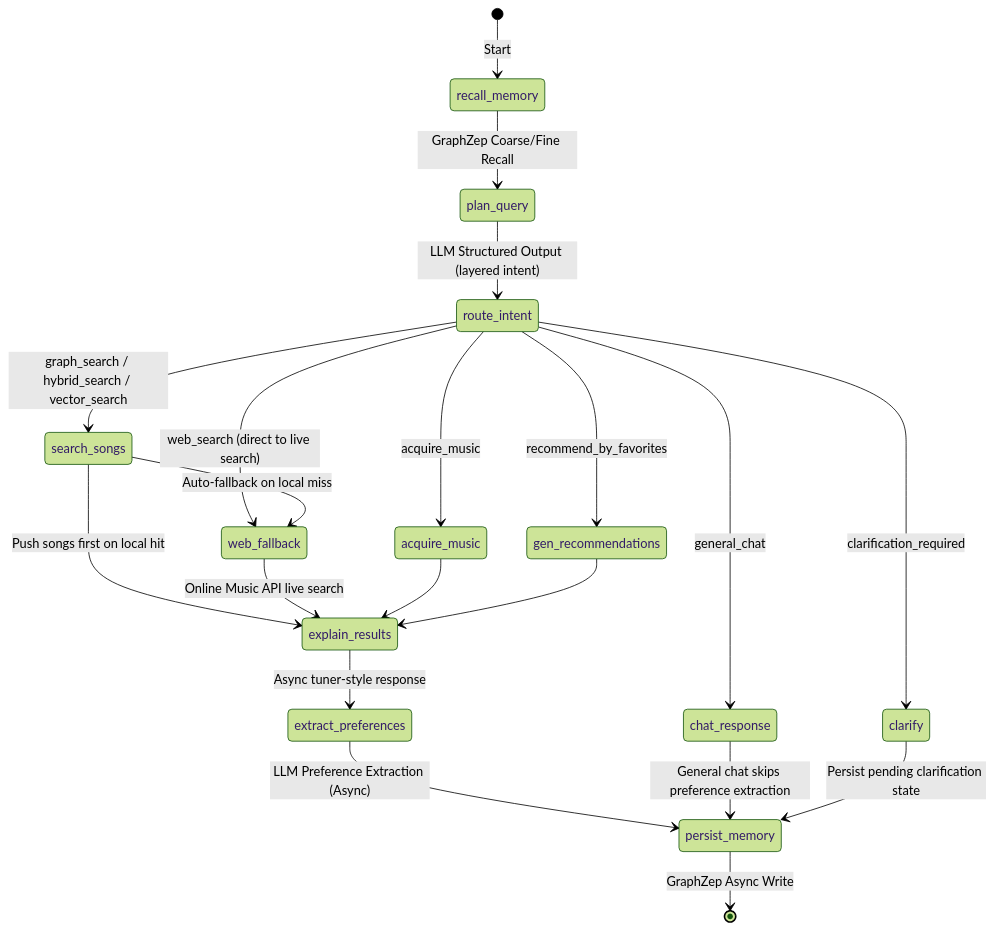
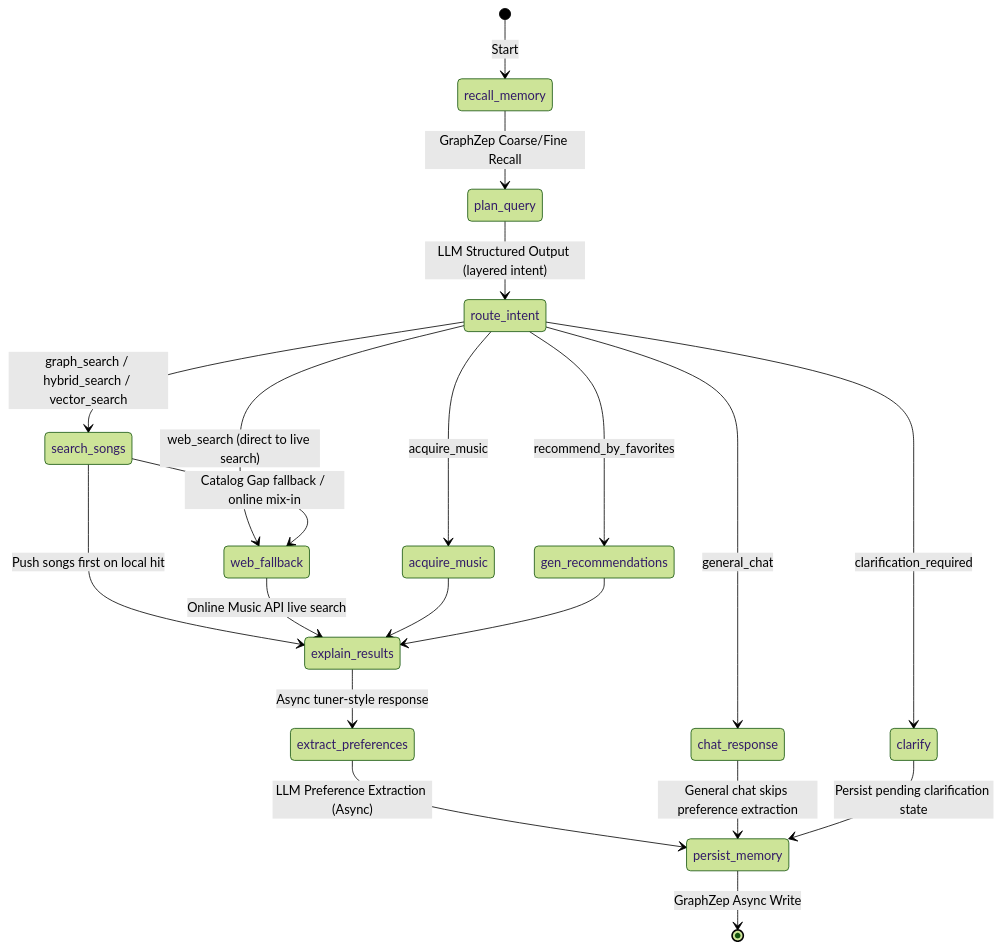
Before and after one commit to hgsanyang/SoulTuner-Agent: the first of 2 diagrams in README_EN.md, drawn with Mermaid (forest theme). The commit also changed other lines of this file and 16 other files, not shown here.

````diff
--- a/README_EN.md
+++ b/README_EN.md
@@ -226,27 +230,27 @@
 ```mermaid
 stateDiagram-v2
     [*] --> recall_memory: Start
     recall_memory --> plan_query: GraphZep Coarse/Fine Recall
     plan_query --> route_intent: LLM Structured Output (layered intent)
 
     route_intent --> search_songs: graph_search / hybrid_search / vector_search
     route_intent --> web_fallback: web_search (direct to live search)
     route_intent --> chat_response: general_chat
     route_intent --> acquire_music: acquire_music
     route_intent --> gen_recommendations: recommend_by_favorites
     route_intent --> clarify: clarification_required
 
-    search_songs --> web_fallback: Auto-fallback on local miss
+    search_songs --> web_fallback: Catalog Gap fallback / online mix-in
     search_songs --> explain_results: Push songs first on local hit
     web_fallback --> explain_results: Online Music API live search
     acquire_music --> explain_results
     gen_recommendations --> explain_results
 
     explain_results --> extract_preferences: Async tuner-style response
     extract_preferences --> persist_memory: LLM Preference Extraction (Async)
 
     chat_response --> persist_memory: General chat skips preference extraction
     clarify --> persist_memory: Persist pending clarification state
 
     persist_memory --> [*]: GraphZep Async Write
 ```
````
